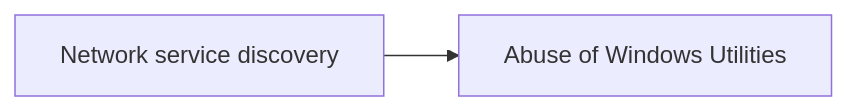
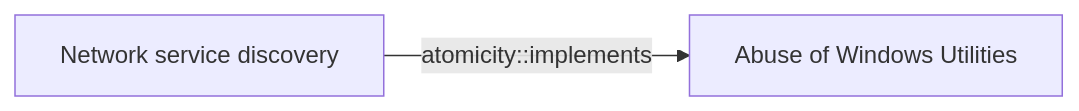
One commit to opentidehq/library changed the diagram in docs/threats/network-service-discovery.md. Above: the diagram before and after it, drawn with Mermaid. The commit also changed other lines of this file and 277 other files, not shown here.

````diff
--- a/docs/threats/network-service-discovery.md
+++ b/docs/threats/network-service-discovery.md
@@ -63,6 +107,6 @@
 ```mermaid
 flowchart LR
 fd0542bd_1541_42a7_8c07_0e073a198a53["Network service discovery"]
 d5039f2c_9fcc_4ba3_ad6a_da8c891ba745["Abuse of Windows Utilities"]
-fd0542bd_1541_42a7_8c07_0e073a198a53 --> d5039f2c_9fcc_4ba3_ad6a_da8c891ba745
+fd0542bd_1541_42a7_8c07_0e073a198a53 -->|atomicity::implements| d5039f2c_9fcc_4ba3_ad6a_da8c891ba745
 ```
````
